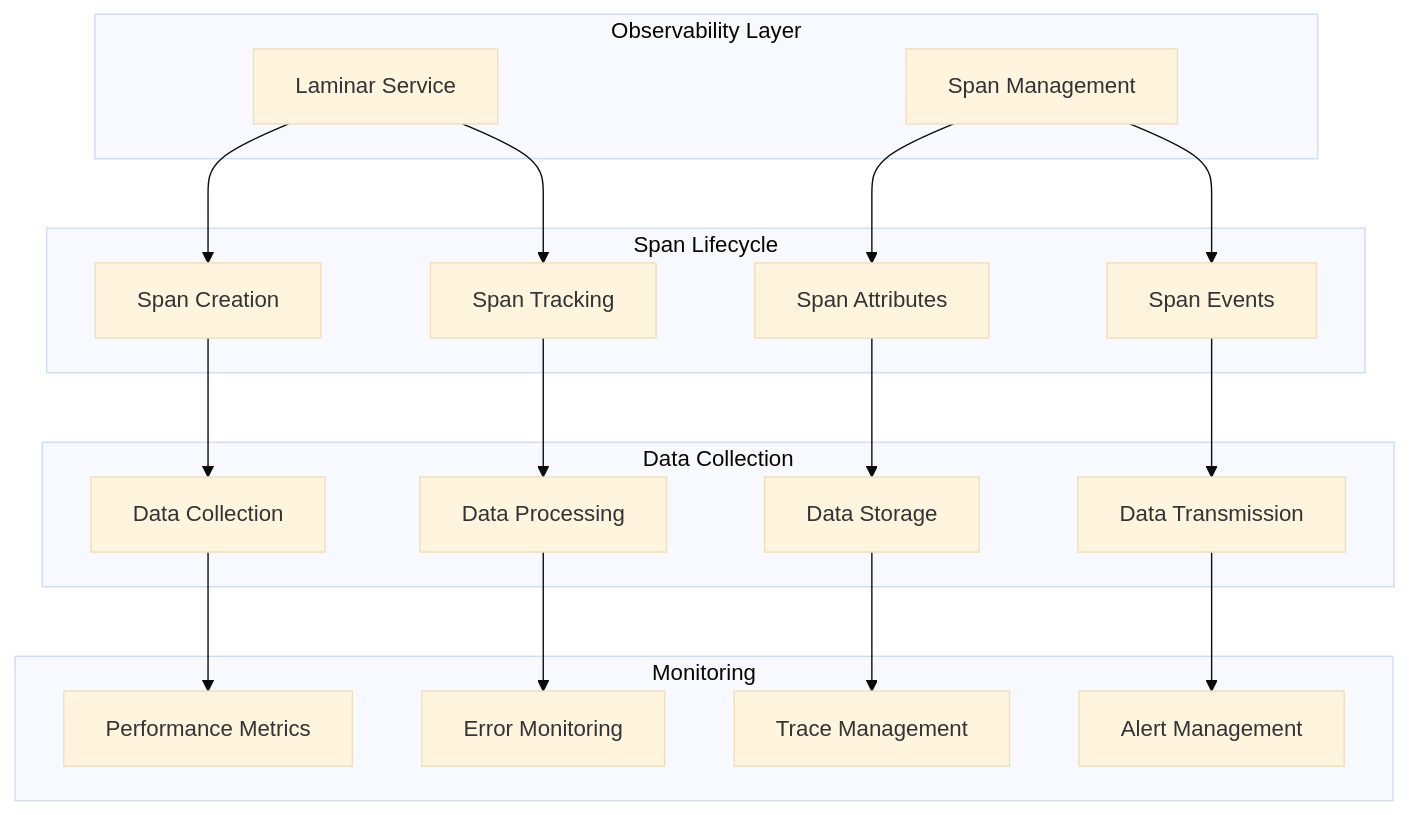
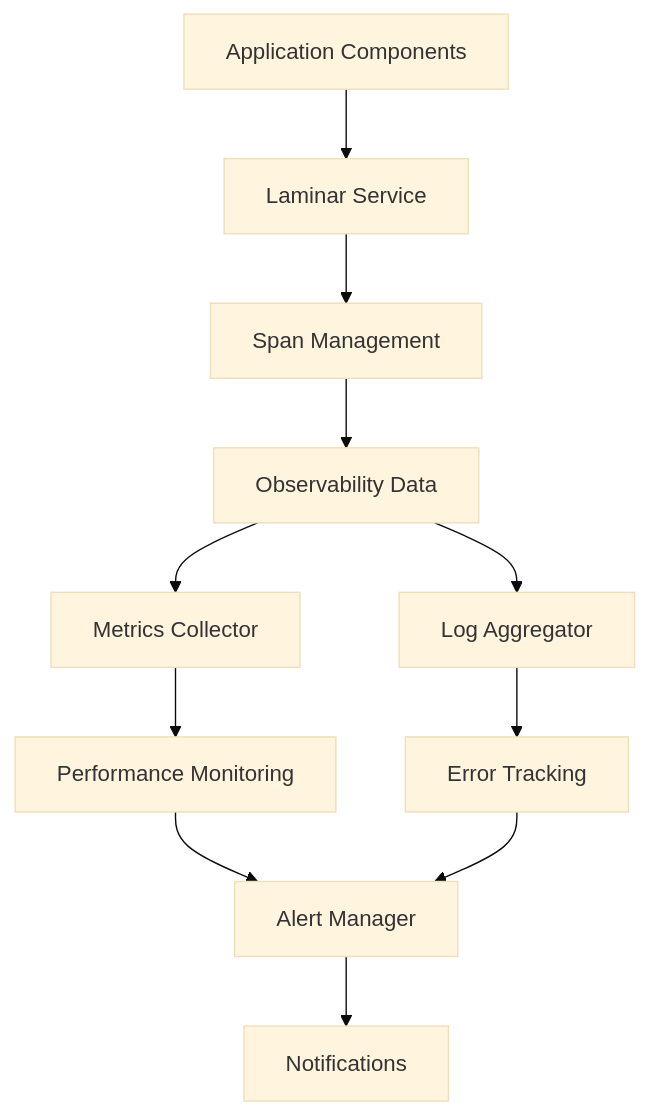
Before and after one commit to mschulkind/kilocode: the diagram in docs/architecture/OBSERVABILITY_LAYER_SYSTEM.md, drawn with Mermaid (base theme). The commit also changed other lines of this file and 41 other files, not shown here.

````diff
--- a/docs/architecture/OBSERVABILITY_LAYER_SYSTEM.md
+++ b/docs/architecture/OBSERVABILITY_LAYER_SYSTEM.md
@@ -58,43 +46,13 @@
 ```mermaid
 graph TB
-    subgraph "Observability Layer"
-        LS[Laminar Service]
-        SM[Span Management]
-    end
-
-    subgraph "Span Lifecycle"
-        SC[Span Creation]
-        ST[Span Tracking]
-        SA[Span Attributes]
-        SE[Span Events]
-    end
-
-    subgraph "Data Collection"
-        DC[Data Collection]
-        DP[Data Processing]
-        DS[Data Storage]
-        DT[Data Transmission]
-    end
-
-    subgraph "Monitoring"
-        PM[Performance Metrics]
-        EM[Error Monitoring]
-        TM[Trace Management]
-        AM[Alert Management]
-    end
-
-    LS --> SC
-    LS --> ST
-    SM --> SA
-    SM --> SE
-
-    SC --> DC
-    ST --> DP
-    SA --> DS
-    SE --> DT
-
-    DC --> PM
-    DP --> EM
-    DS --> TM
-    DT --> AM
+    A[Application Components] --> B[Laminar Service]
+    B --> C[Span Management]
+    C --> D[Observability Data]
+    D --> E[Metrics Collector]
+    D --> F[Log Aggregator]
+    E --> G[Performance Monitoring]
+    F --> H[Error Tracking]
+    G --> I[Alert Manager]
+    H --> I
+    I --> J[Notifications]
 ```
````
